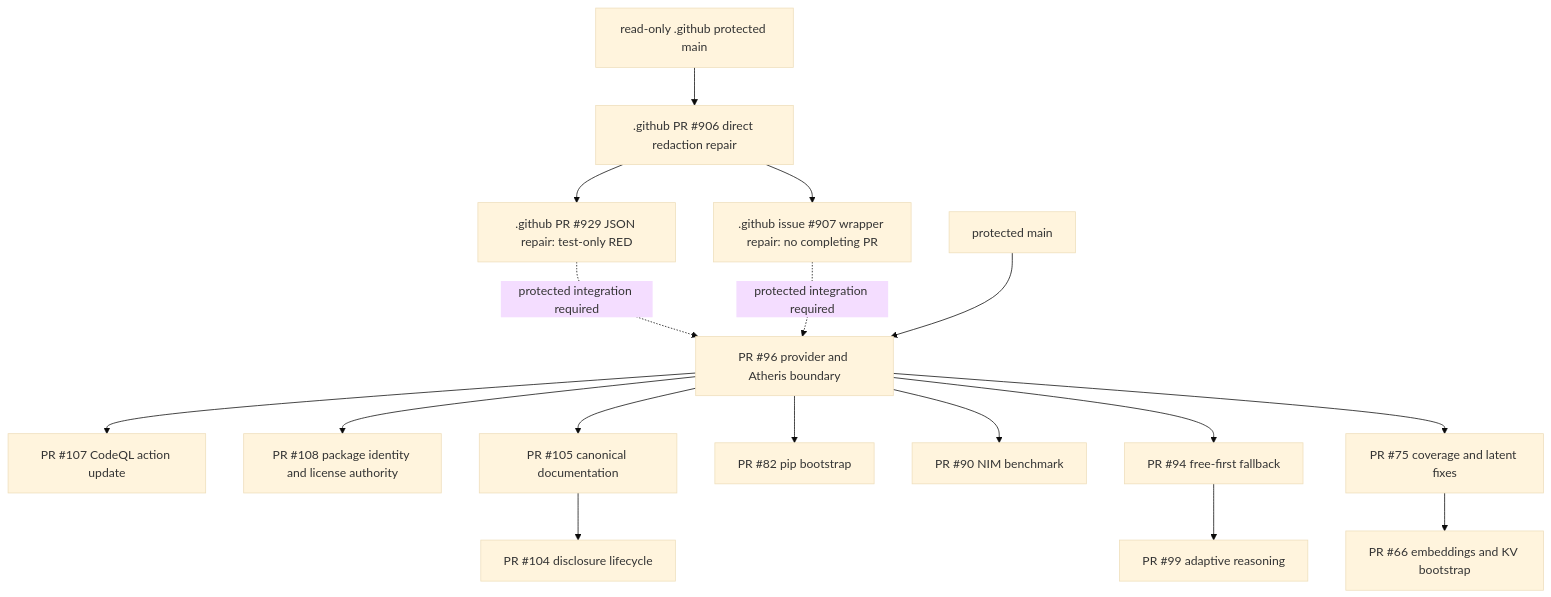
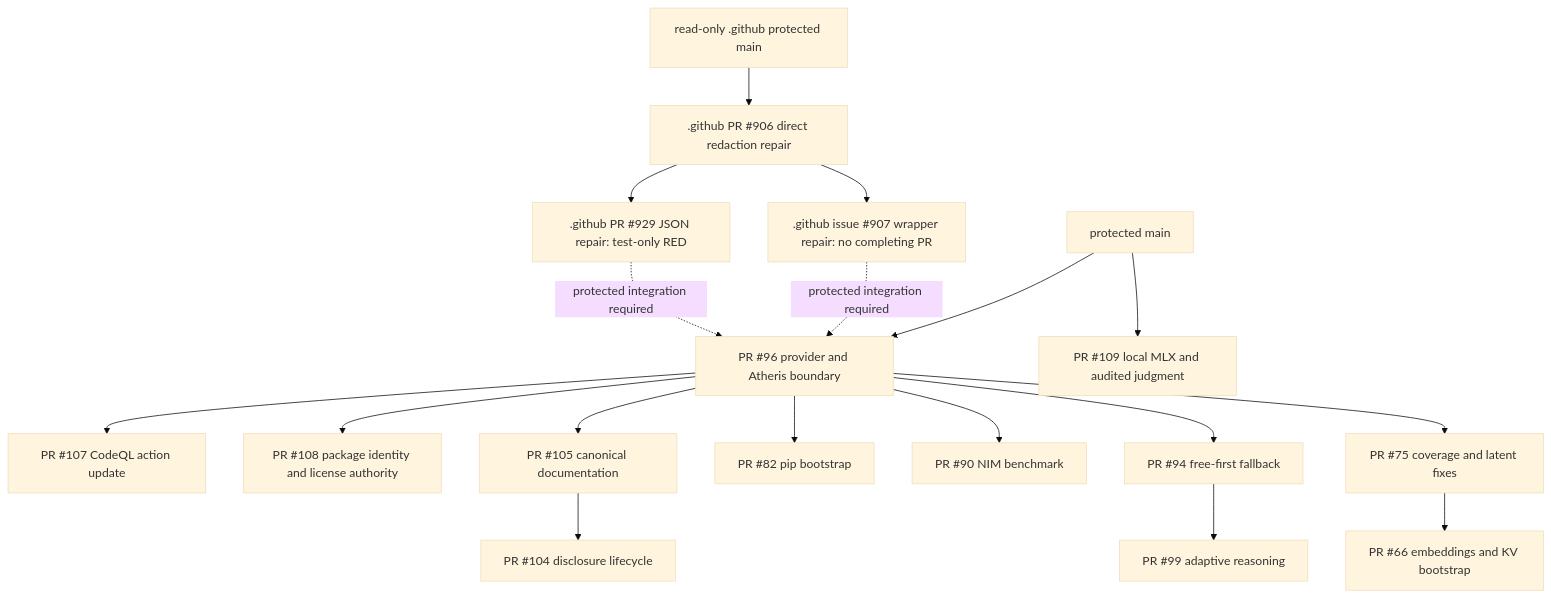
The diagram in docs/TRACEABILITY.md (ContextualWisdomLab/contextual-orchestrator), drawn with Mermaid (base theme) before and after one commit. The commit also changed other lines of this file, not shown here.

````diff
--- a/docs/TRACEABILITY.md
+++ b/docs/TRACEABILITY.md
@@ -96,19 +97,20 @@
 ```mermaid
 flowchart TB
     centralMain["read-only .github protected main"] --> central906[".github PR #906 direct redaction repair"]
     central906 --> central929[".github PR #929 JSON repair: test-only RED"]
     central906 --> central907[".github issue #907 wrapper repair: no completing PR"]
     central929 -. protected integration required .-> pr96
     central907 -. protected integration required .-> pr96
     main["protected main"] --> pr96["PR #96 provider and Atheris boundary"]
+    main --> pr109["PR #109 local MLX and audited judgment"]
     pr96 --> pr107["PR #107 CodeQL action update"]
     pr96 --> pr108["PR #108 package identity and license authority"]
     pr96 --> pr105["PR #105 canonical documentation"]
     pr105 --> pr104["PR #104 disclosure lifecycle"]
     pr96 --> pr82["PR #82 pip bootstrap"]
     pr96 --> pr90["PR #90 NIM benchmark"]
     pr96 --> pr94["PR #94 free-first fallback"]
     pr94 --> pr99["PR #99 adaptive reasoning"]
     pr96 --> pr75["PR #75 coverage and latent fixes"]
     pr75 --> pr66["PR #66 embeddings and KV bootstrap"]
 ```
````
